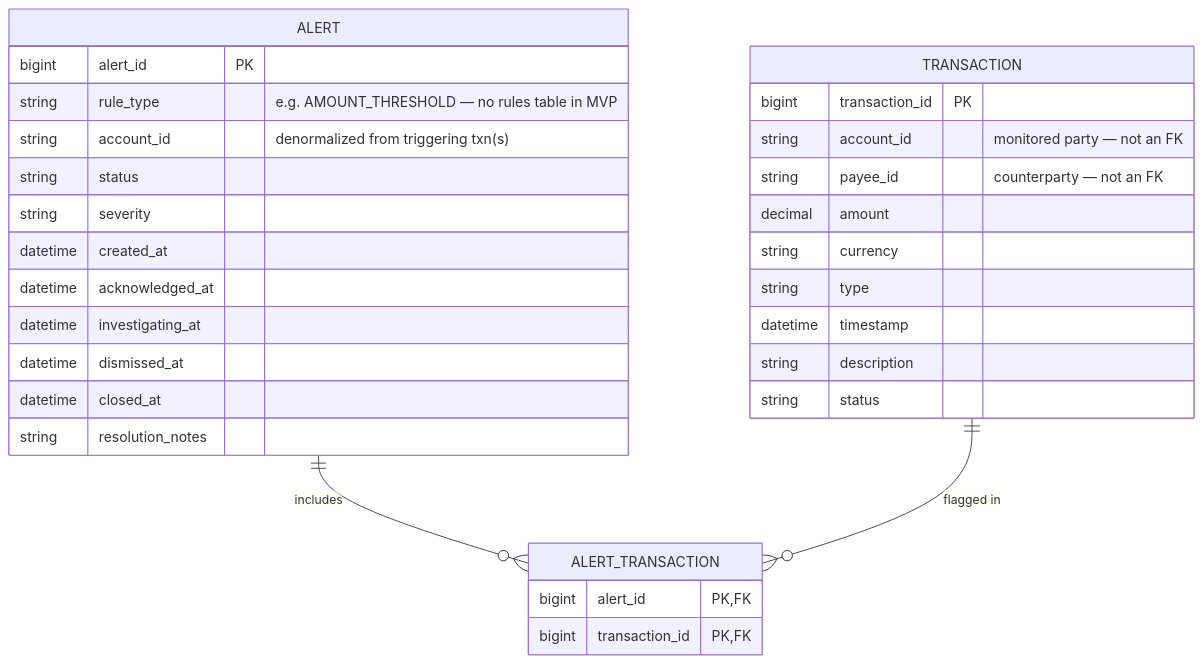
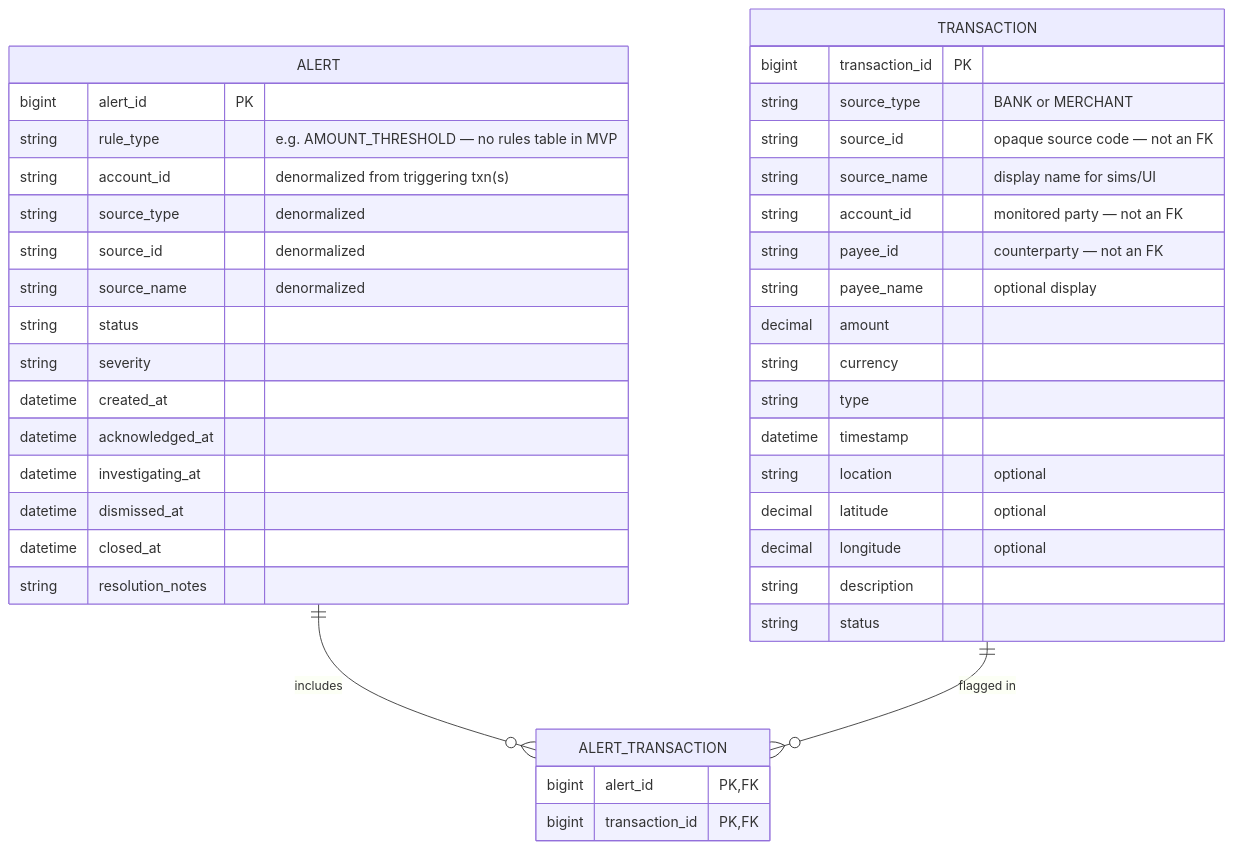
Before and after one commit to IamUsike/democd: the diagram in docs/transaction monitoring er diagram.mmd, drawn with Mermaid. The commit also changed 10 other files, not shown here.

```diff
--- a/docs/transaction monitoring er diagram.mmd
+++ b/docs/transaction monitoring er diagram.mmd
@@ -1,34 +1,44 @@
 erDiagram
     ALERT ||--o{ ALERT_TRANSACTION : "includes"
     TRANSACTION ||--o{ ALERT_TRANSACTION : "flagged in"
 
     TRANSACTION {
         bigint transaction_id PK
+        string source_type "BANK or MERCHANT"
+        string source_id "opaque source code — not an FK"
+        string source_name "display name for sims/UI"
         string account_id "monitored party — not an FK"
         string payee_id "counterparty — not an FK"
+        string payee_name "optional display"
         decimal amount
         string currency
         string type
         datetime timestamp
+        string location "optional"
+        decimal latitude "optional"
+        decimal longitude "optional"
         string description
         string status
     }
 
     ALERT {
         bigint alert_id PK
         string rule_type "e.g. AMOUNT_THRESHOLD — no rules table in MVP"
         string account_id "denormalized from triggering txn(s)"
+        string source_type "denormalized"
+        string source_id "denormalized"
+        string source_name "denormalized"
         string status
         string severity
         datetime created_at
         datetime acknowledged_at
         datetime investigating_at
         datetime dismissed_at
         datetime closed_at
         string resolution_notes
     }
 
     ALERT_TRANSACTION {
         bigint alert_id PK, FK
         bigint transaction_id PK, FK
     }
```
